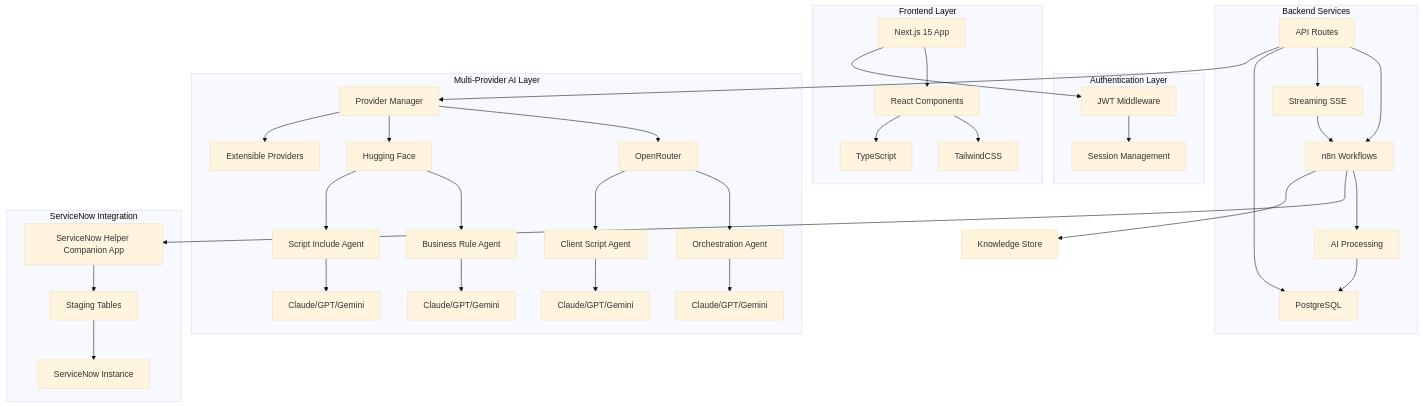
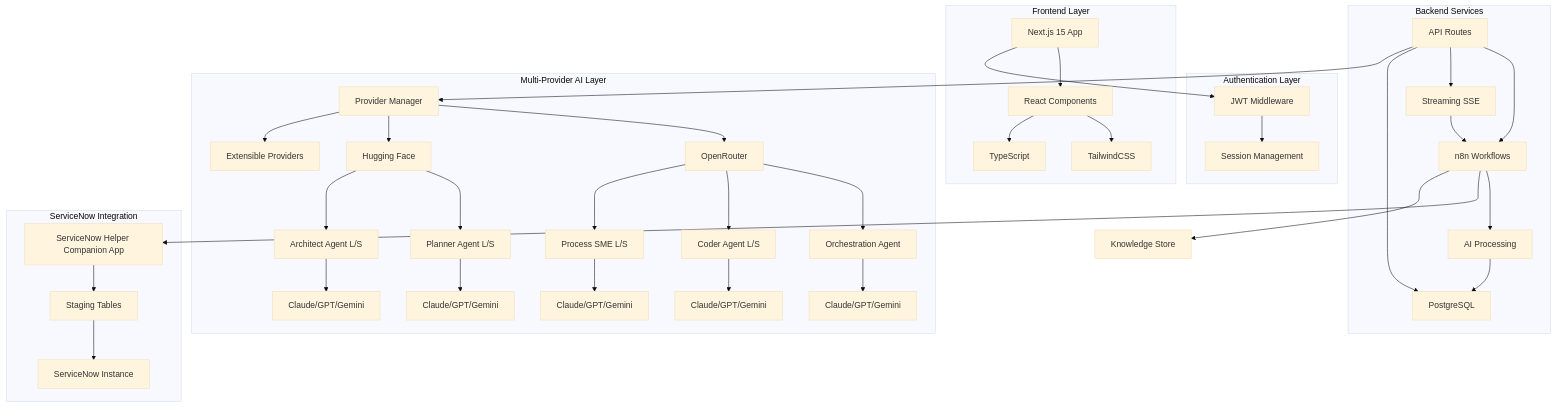
One commit to DanielMadsenDK/servicenow-helper changed the first of 4 diagrams in docs/ARCHITECTURE.md. Above: the diagram before and after it, drawn with Mermaid (base theme). The commit also changed other lines of this file and 4 other files, not shown here.

````diff
--- a/docs/ARCHITECTURE.md
+++ b/docs/ARCHITECTURE.md
@@ -26,45 +26,47 @@
 ```mermaid
 graph TB
     subgraph "Frontend Layer"
         A[Next.js 15 App] --> B[React Components]
         B --> C[TailwindCSS]
         B --> D[TypeScript]
     end
 
     subgraph "Authentication Layer"
         E[JWT Middleware] --> F[Session Management]
     end
 
     subgraph "Backend Services"
         H[API Routes] --> I[n8n Workflows]
         H --> G[Streaming SSE]
         I --> J[AI Processing]
         G --> I
         H --> K[PostgreSQL]
     end
 
     subgraph "Multi-Provider AI Layer"
         L[Provider Manager] --> OR[OpenRouter]
         L --> HF[Hugging Face]
         L --> EX[Extensible Providers]
         OR --> M[Orchestration Agent]
-        HF --> N[Business Rule Agent]
-        OR --> O[Client Script Agent]
-        HF --> SI[Script Include Agent]
+        HF --> N[Planner Agent L/S]
+        OR --> O[Coder Agent L/S]
+        HF --> AR[Architect Agent L/S]
+        OR --> SI[Process SME L/S]
         M --> P[Claude/GPT/Gemini]
         N --> Q[Claude/GPT/Gemini]
         O --> R[Claude/GPT/Gemini]
+        AR --> ARMOD[Claude/GPT/Gemini]
         SI --> SIM[Claude/GPT/Gemini]
     end
 
     subgraph "ServiceNow Integration"
         SN[ServiceNow Helper Companion App] --> T[Staging Tables]
         T --> U[ServiceNow Instance]
         I --> SN
     end
 
     A --> E
     H --> L
     J --> K
     I --> S[Knowledge Store]
 ```
````
